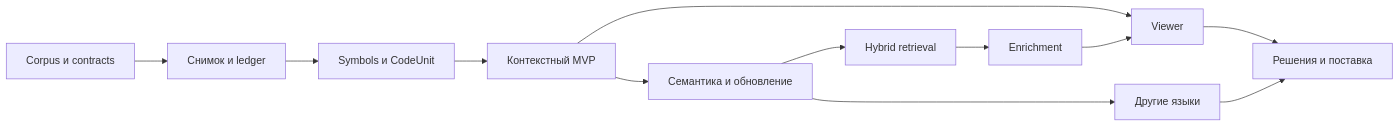
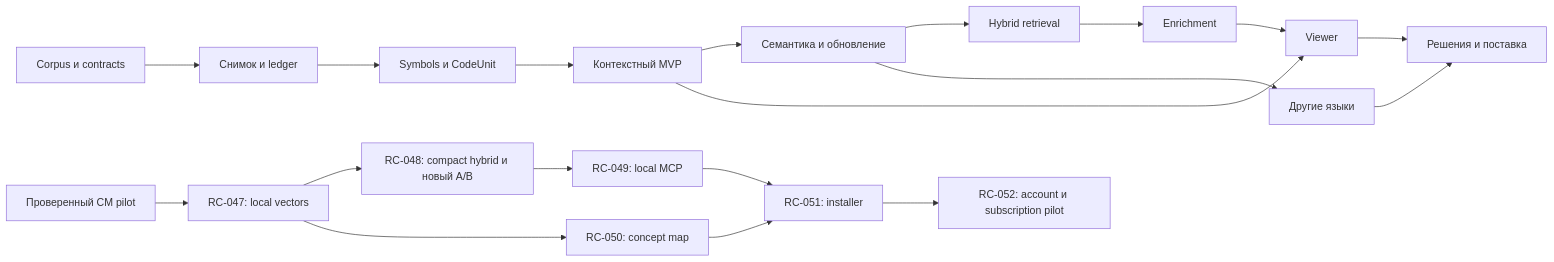
The diagram in plans/ROADMAP.md (kobubu/Rag-Coding), drawn with Mermaid before and after one commit. The commit also changed other lines of this file and 27 other files, not shown here.

Commit message:
Measure live Harness CM pilot and plan local vector product

````diff
--- a/plans/ROADMAP.md
+++ b/plans/ROADMAP.md
@@ -28,14 +31,21 @@
 ```mermaid
 flowchart LR
     M01[Corpus и contracts] --> M02[Снимок и ledger]
     M02 --> M03[Symbols и CodeUnit]
     M03 --> M04[Контекстный MVP]
     M04 --> M05[Семантика и обновление]
     M05 --> M06[Hybrid retrieval]
     M06 --> M07[Enrichment]
     M04 --> M08[Viewer]
     M07 --> M08
     M05 --> M09[Другие языки]
     M08 --> M10[Решения и поставка]
     M09 --> M10
+    M00P[Проверенный CM pilot] --> V[RC-047: local vectors]
+    V --> H[RC-048: compact hybrid и новый A/B]
+    H --> MCP[RC-049: local MCP]
+    V --> MAP[RC-050: concept map]
+    MCP --> INSTALL[RC-051: installer]
+    MAP --> INSTALL
+    INSTALL --> ACCOUNT[RC-052: account и subscription pilot]
 ```
````
